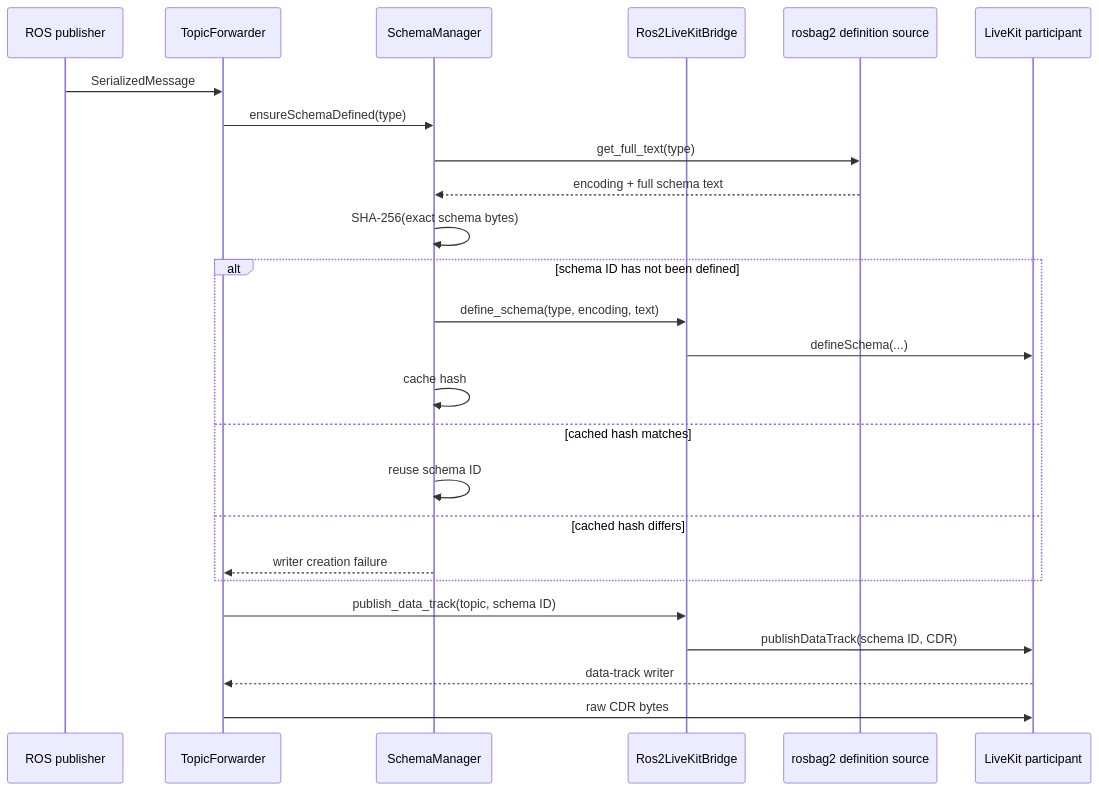
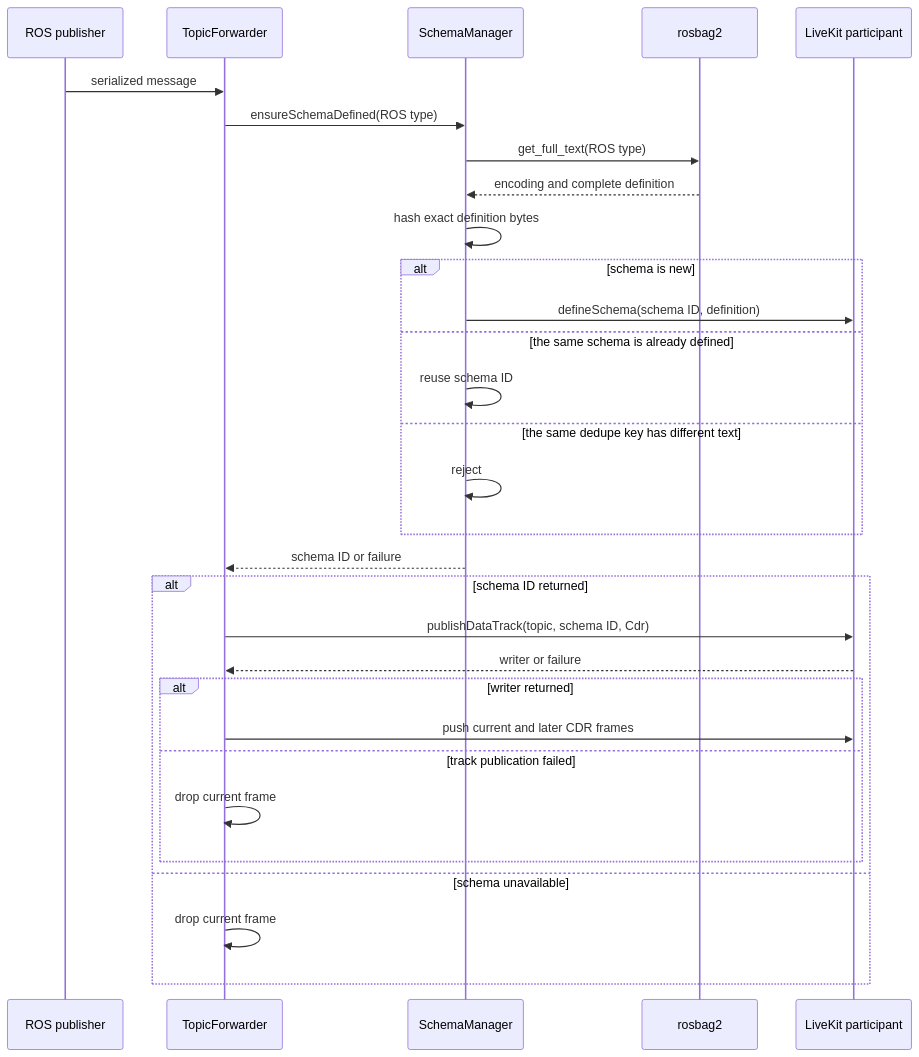
The second of 3 diagrams in docs/design/schema.md (livekit/ros-portal), drawn with Mermaid before and after one commit. The commit also changed other lines of this file and 8 other files, not shown here.

````diff
--- a/docs/design/schema.md
+++ b/docs/design/schema.md
@@ -148,30 +157,33 @@
 ```mermaid
 sequenceDiagram
   participant ROS as ROS publisher
   participant TF as TopicForwarder
   participant SM as SchemaManager
-  participant Bridge as Ros2LiveKitBridge
-  participant RB as rosbag2 definition source
+  participant RB as rosbag2
   participant LK as LiveKit participant
 
-  ROS->>TF: SerializedMessage
-  TF->>SM: ensureSchemaDefined(type)
-  SM->>RB: get_full_text(type)
-  RB-->>SM: encoding + full schema text
-  SM->>SM: SHA-256(exact schema bytes)
-
-  alt schema ID has not been defined
-    SM->>Bridge: define_schema(type, encoding, text)
-    Bridge->>LK: defineSchema(...)
-    SM->>SM: cache hash
-  else cached hash matches
+  ROS->>TF: serialized message
+  TF->>SM: ensureSchemaDefined(ROS type)
+  SM->>RB: get_full_text(ROS type)
+  RB-->>SM: encoding and complete definition
+  SM->>SM: hash exact definition bytes
+  alt schema is new
+    SM->>LK: defineSchema(schema ID, definition)
+  else the same schema is already defined
     SM->>SM: reuse schema ID
-  else cached hash differs
-    SM-->>TF: writer creation failure
+  else the same dedupe key has different text
+    SM->>SM: reject
   end
-
-  TF->>Bridge: publish_data_track(topic, schema ID)
-  Bridge->>LK: publishDataTrack(schema ID, CDR)
-  LK-->>TF: data-track writer
-  TF->>LK: raw CDR bytes
+  SM-->>TF: schema ID or failure
+  alt schema ID returned
+    TF->>LK: publishDataTrack(topic, schema ID, Cdr)
+    LK-->>TF: writer or failure
+    alt writer returned
+      TF->>LK: push current and later CDR frames
+    else track publication failed
+      TF->>TF: drop current frame
+    end
+  else schema unavailable
+    TF->>TF: drop current frame
+  end
 ```
````
